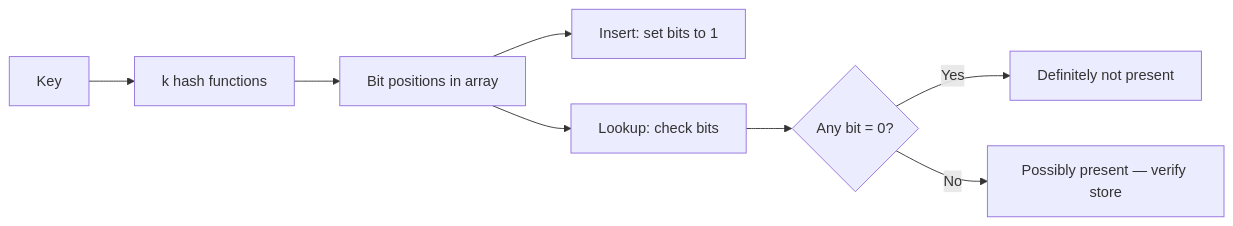
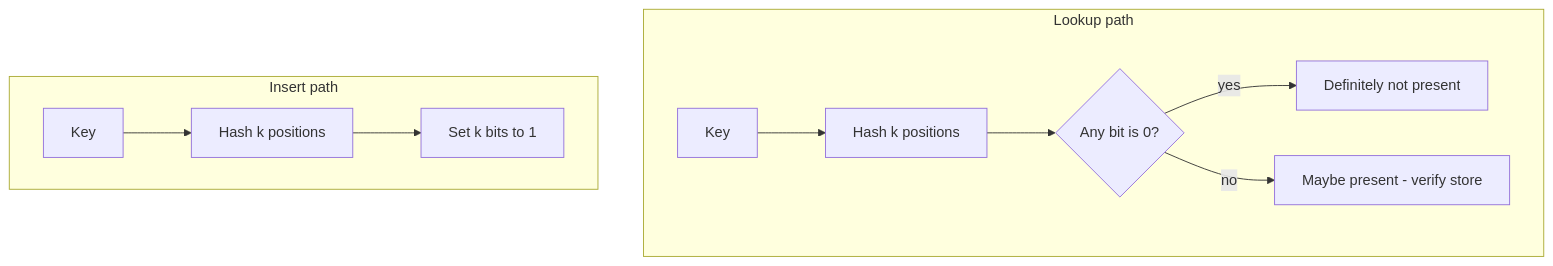
One commit to hareramcse/SystemDesign changed the first of 15 diagrams in 13-advanced-topics/README.md. Above: the diagram before and after it, drawn with Mermaid. The commit also changed other lines of this file, not shown here.

````diff
--- a/13-advanced-topics/README.md
+++ b/13-advanced-topics/README.md
@@ -135,10 +135,16 @@
 ```mermaid
 flowchart LR
-    Item[Key] --> Hash[k hash functions]
-    Hash --> Bits[Bit positions in array]
-    Bits --> Insert[Insert: set bits to 1]
-    Bits --> Check[Lookup: check bits]
-    Check --> Any0{Any bit = 0?}
-    Any0 -->|Yes| DefNot[Definitely not present]
-    Any0 -->|No| Maybe[Possibly present — verify store]
+    subgraph ins["Insert path"]
+        direction LR
+        I1[Key] --> I2[Hash k positions]
+        I2 --> I3[Set k bits to 1]
+    end
+    subgraph lk["Lookup path"]
+        direction LR
+        L1[Key] --> L2[Hash k positions]
+        L2 --> L3{Any bit is 0?}
+        L3 -->|yes| L4[Definitely not present]
+        L3 -->|no| L5[Maybe present - verify store]
+    end
+    ins ~~~ lk
 ```
````
